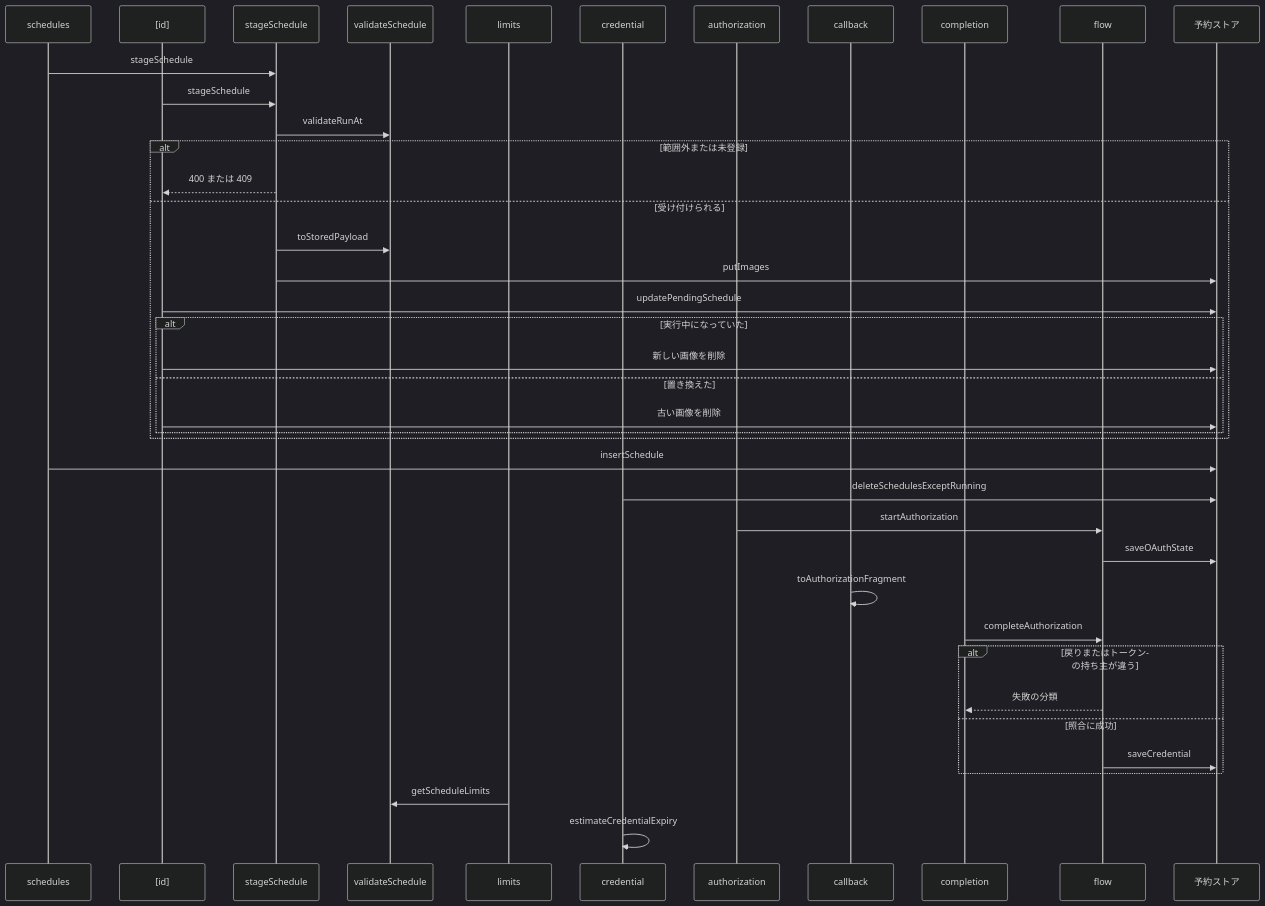
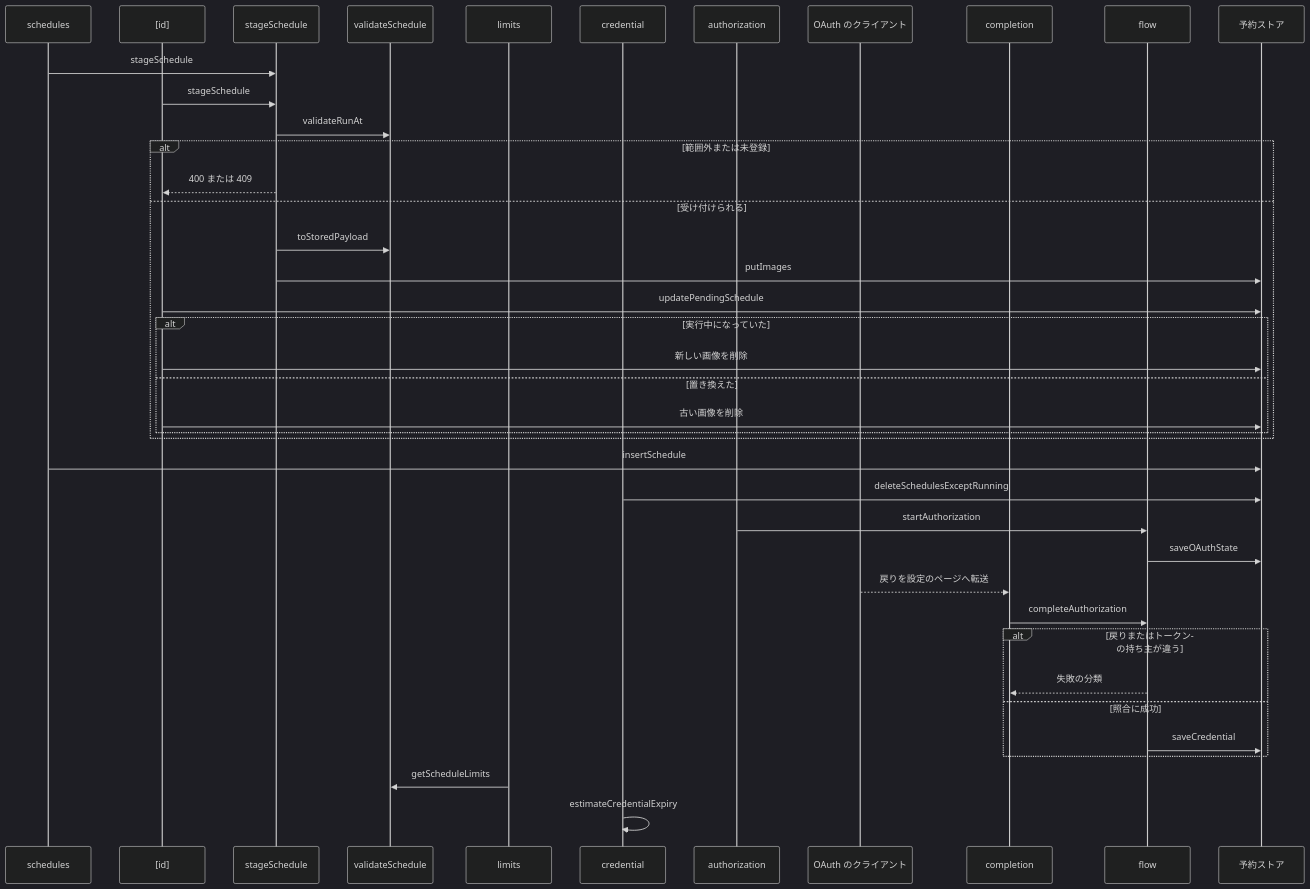
The third of 3 diagrams in specs/schedule-api/design.md (nekono-dev/skyshare), drawn with Mermaid (dark theme) before and after one commit. The commit also changed other lines of this file and 19 other files, not shown here.

````diff
--- a/specs/schedule-api/design.md
+++ b/specs/schedule-api/design.md
@@ -101,42 +83,42 @@
 ```mermaid
 sequenceDiagram
   participant schedules
   participant id as [id]
   participant stageSchedule
   participant validateSchedule
   participant limits
   participant credential
   participant authorization
-  participant callback
+  participant ext_oauth as OAuth のクライアント
   participant completion
   participant flow
   participant ext_store as 予約ストア
   schedules->>stageSchedule: stageSchedule
   id->>stageSchedule: stageSchedule
   stageSchedule->>validateSchedule: validateRunAt
   alt 範囲外または未登録
     stageSchedule-->>id: 400 または 409
   else 受け付けられる
     stageSchedule->>validateSchedule: toStoredPayload
     stageSchedule->>ext_store: putImages
     id->>ext_store: updatePendingSchedule
     alt 実行中になっていた
       id->>ext_store: 新しい画像を削除
     else 置き換えた
       id->>ext_store: 古い画像を削除
     end
   end
   schedules->>ext_store: insertSchedule
   credential->>ext_store: deleteSchedulesExceptRunning
   authorization->>flow: startAuthorization
   flow->>ext_store: saveOAuthState
-  callback->>callback: toAuthorizationFragment
+  ext_oauth-->>completion: 戻りを設定のページへ転送
   completion->>flow: completeAuthorization
   alt 戻りまたはトークンの持ち主が違う
     flow-->>completion: 失敗の分類
   else 照合に成功
     flow->>ext_store: saveCredential
   end
   limits->>validateSchedule: getScheduleLimits
   credential->>credential: estimateCredentialExpiry
 ```
````
